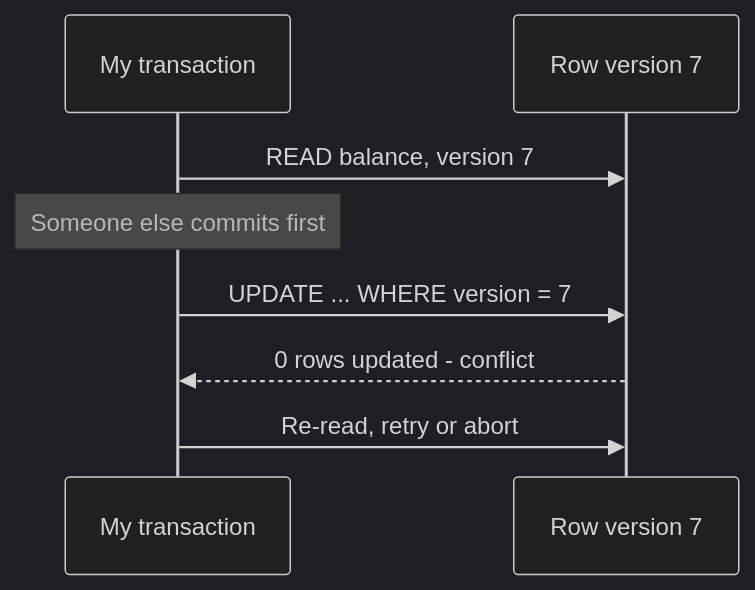
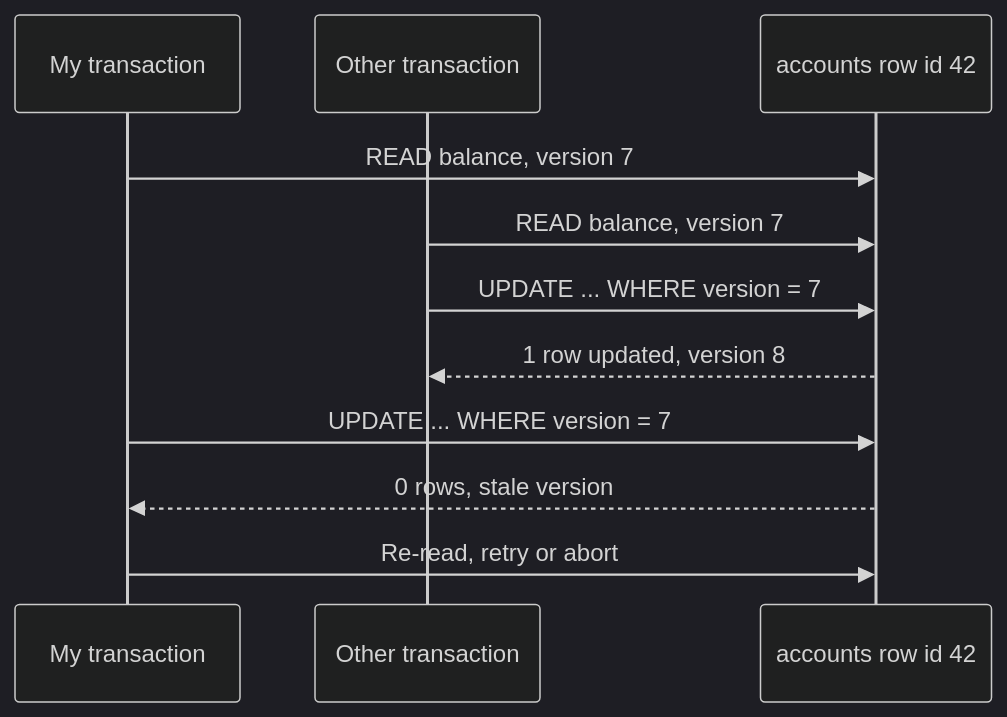
Before and after one commit to b0yu-li/b0yu-li.github.io: the ninth of 12 diagrams in _posts/2026-04-04-db-design-best-practices.md, drawn with Mermaid (dark theme). The commit also changed other lines of this file and 1 other file, not shown here.

````diff
--- a/_posts/2026-04-04-db-design-best-practices.md
+++ b/_posts/2026-04-04-db-design-best-practices.md
@@ -261,10 +328,13 @@
 ```mermaid
 sequenceDiagram
     participant Me as My transaction
-    participant Row as Row version 7
+    participant Other as Other transaction
+    participant Row as accounts row id 42
     Me->>Row: READ balance, version 7
-    Note over Me: Someone else commits first
+    Other->>Row: READ balance, version 7
+    Other->>Row: UPDATE ... WHERE version = 7
+    Row-->>Other: 1 row updated, version 8
     Me->>Row: UPDATE ... WHERE version = 7
-    Row-->>Me: 0 rows updated - conflict
+    Row-->>Me: 0 rows, stale version
     Me->>Row: Re-read, retry or abort
 ```
````
